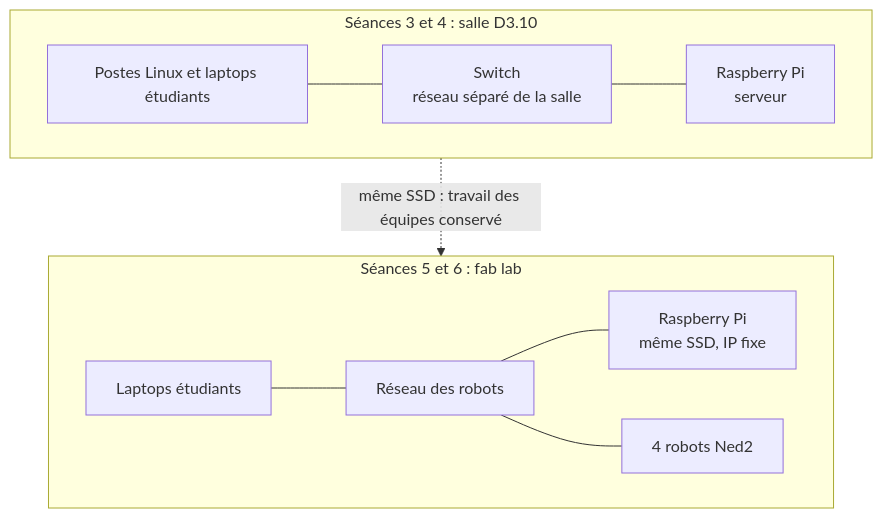
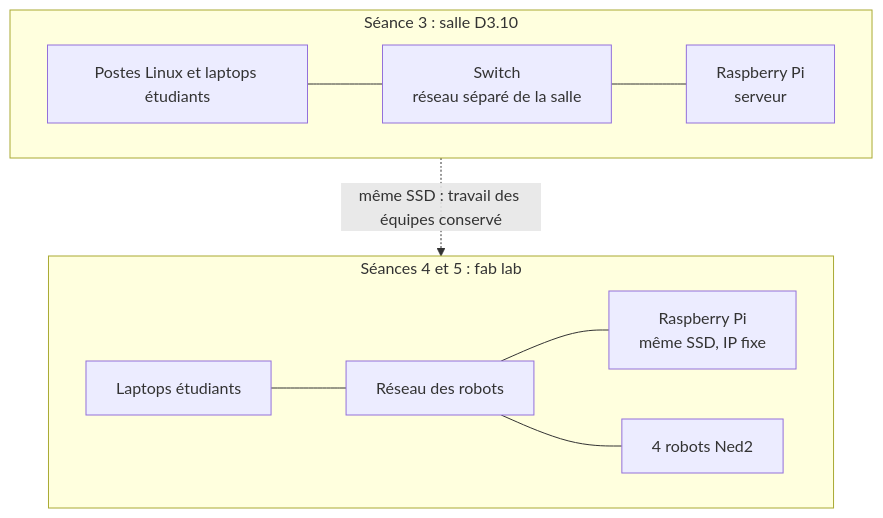
The fourth of 4 diagrams in progression_pedagogique/BACHINGE24.md (fabrice1618/niryo2), drawn with Mermaid before and after one commit. The commit also changed other lines of this file and 47 other files, not shown here.

````diff
--- a/progression_pedagogique/BACHINGE24.md
+++ b/progression_pedagogique/BACHINGE24.md
@@ -436,15 +414,15 @@
 ```mermaid
 flowchart TB
-    subgraph SALLE["Séances 3 et 4 : salle D3.10"]
+    subgraph SALLE["Séance 3 : salle D3.10"]
         direction LR
         PE1["Postes Linux et laptops étudiants"] --- SW1["Switch<br/>réseau séparé de la salle"]
         SW1 --- SV1["Raspberry Pi<br/>serveur"]
     end
-    subgraph FAB["Séances 5 et 6 : fab lab"]
+    subgraph FAB["Séances 4 et 5 : fab lab"]
         direction LR
         PE2["Laptops étudiants"] --- R2["Réseau des robots"]
         R2 --- SV2["Raspberry Pi<br/>même SSD, IP fixe"]
         R2 --- ROB["4 robots Ned2"]
     end
     SALLE -. "même SSD : travail des équipes conservé" .-> FAB
 ```
````
